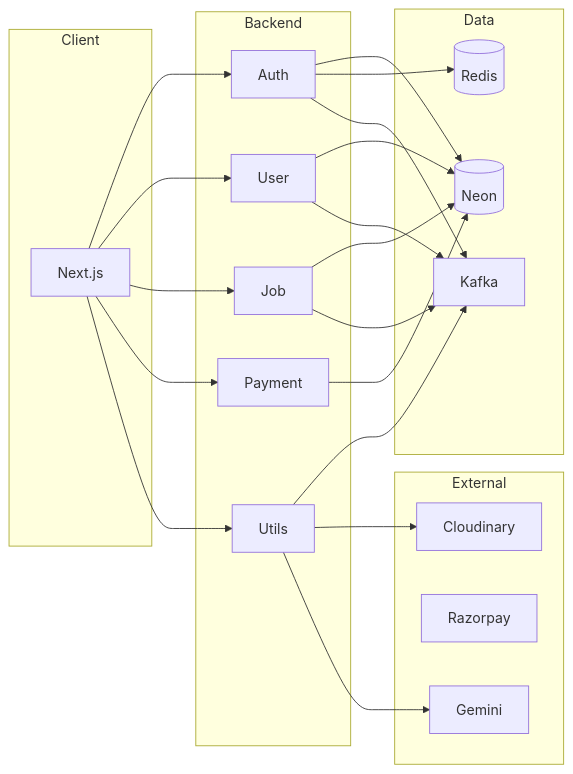
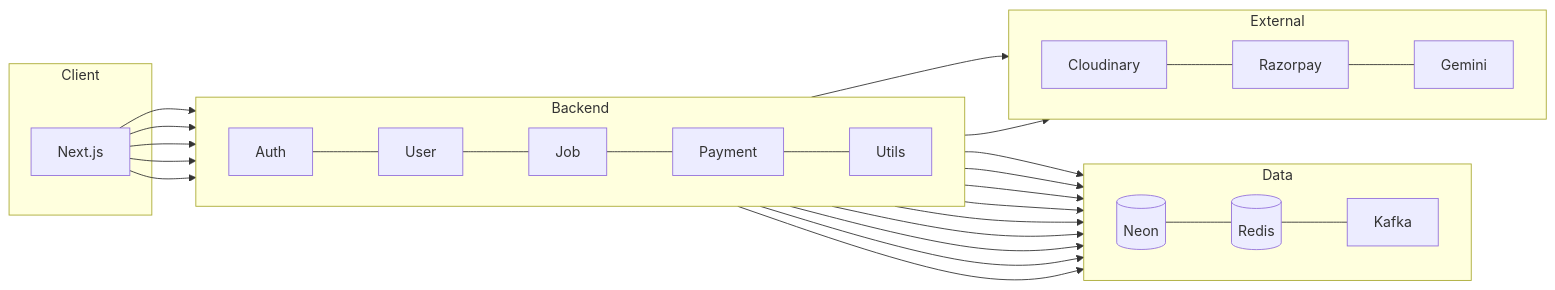
Before and after one commit to AJKakarot/NextHire: the diagram in README.md, drawn with Mermaid.

Commit message:
docs: horizontal architecture diagram with direction LR and explicit chains
Made-with: Cursor

````diff
--- a/README.md
+++ b/README.md
@@ -18,29 +18,34 @@
 ```mermaid
 flowchart LR
     subgraph Client
         FE[Next.js]
     end
     subgraph Backend
-        AUTH[Auth]
-        USER[User]
-        JOB[Job]
-        PAY[Payment]
-        UTILS[Utils]
+        direction LR
+        AUTH[Auth] --- USER[User] --- JOB[Job] --- PAY[Payment] --- UTILS[Utils]
     end
     subgraph Data
-        NEON[(Neon)]
-        REDIS[(Redis)]
-        KAFKA[Kafka]
+        direction LR
+        NEON[(Neon)] --- REDIS[(Redis)] --- KAFKA[Kafka]
     end
     subgraph External
-        CLOUD[Cloudinary]
-        RAZOR[Razorpay]
-        GEMINI[Gemini]
+        direction LR
+        CLOUD[Cloudinary] --- RAZOR[Razorpay] --- GEMINI[Gemini]
     end
-    FE --> AUTH & USER & JOB & PAY & UTILS
-    AUTH --> NEON & REDIS & KAFKA
-    USER --> NEON & KAFKA
-    JOB --> NEON & KAFKA
+    FE --> AUTH
+    FE --> USER
+    FE --> JOB
+    FE --> PAY
+    FE --> UTILS
+    AUTH --> NEON
+    AUTH --> REDIS
+    AUTH --> KAFKA
+    USER --> NEON
+    USER --> KAFKA
+    JOB --> NEON
+    JOB --> KAFKA
     PAY --> NEON
-    UTILS --> KAFKA & CLOUD & GEMINI
+    UTILS --> KAFKA
+    UTILS --> CLOUD
+    UTILS --> GEMINI
 ```
````
